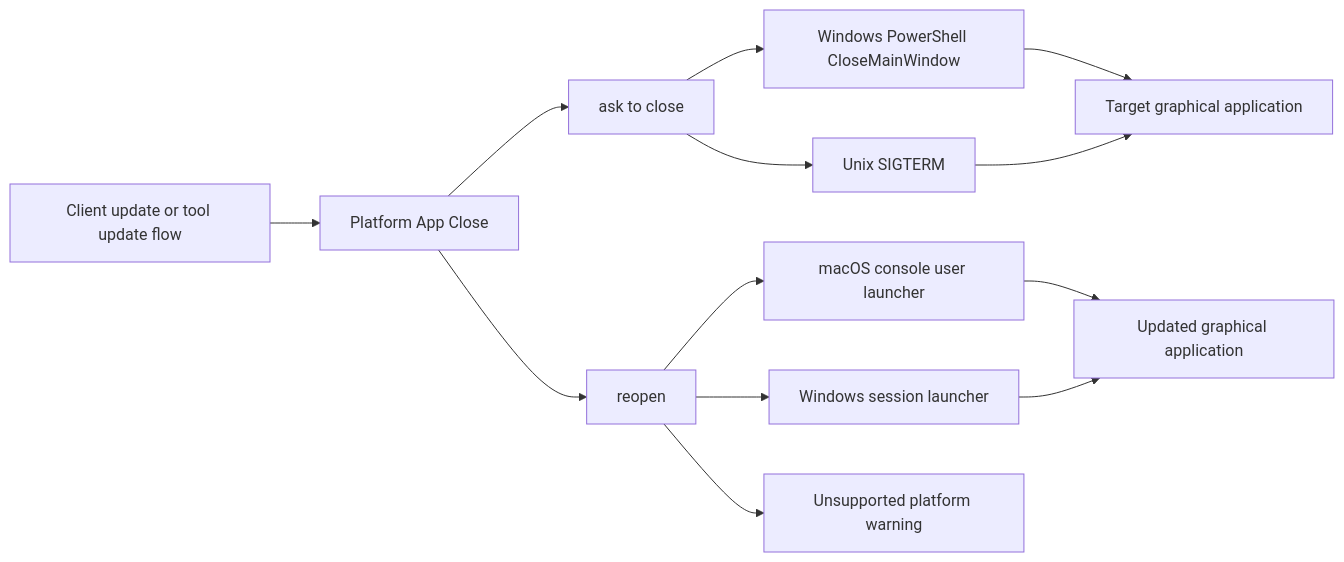
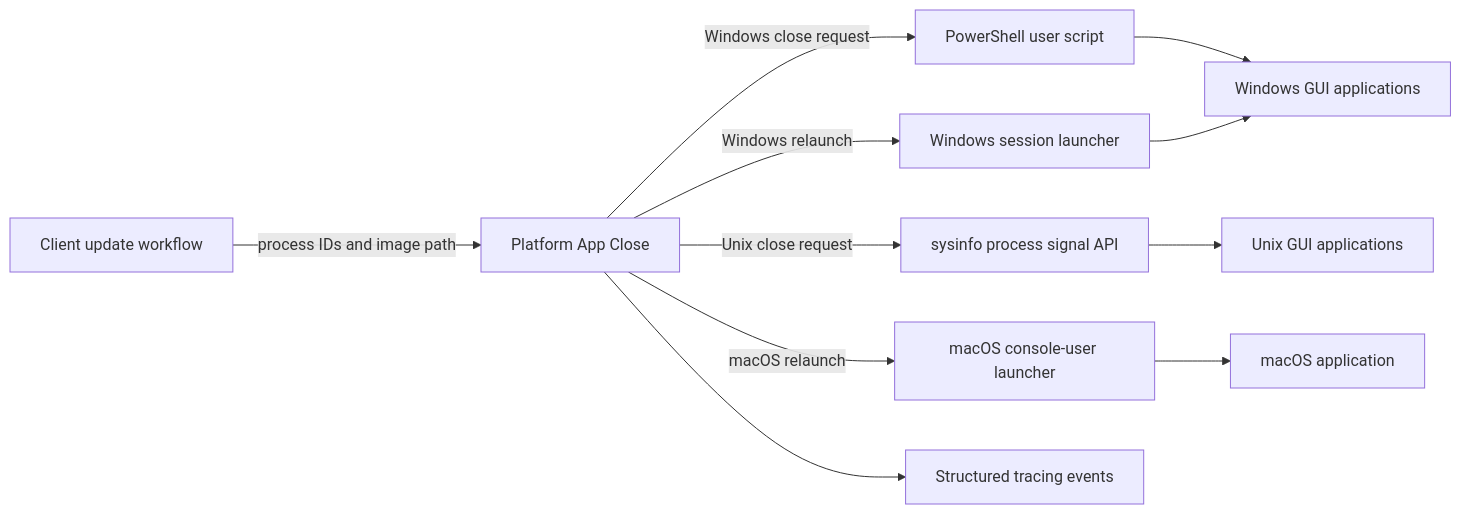
The first of 4 diagrams in docs/reference/architecture/openframe-client-core/platform-app-close/platform-app-close.md (flamingo-stack/openframe-oss-tenant), drawn with Mermaid before and after one commit. The commit also changed other lines of this file and 2377 other files, not shown here.

````diff
--- a/docs/reference/architecture/openframe-client-core/platform-app-close/platform-app-close.md
+++ b/docs/reference/architecture/openframe-client-core/platform-app-close/platform-app-close.md
@@ -22,15 +22,13 @@
 ```mermaid
 flowchart LR
-    UpdateFlow["Client update or tool update flow"] --> CloseApi["Platform App Close"]
-    CloseApi --> CloseRequest["ask to close"]
-    CloseApi --> Relaunch["reopen"]
-    CloseRequest --> WindowsClose["Windows PowerShell CloseMainWindow"]
-    CloseRequest --> UnixClose["Unix SIGTERM"]
-    Relaunch --> MacLaunch["macOS console user launcher"]
-    Relaunch --> WindowsLaunch["Windows session launcher"]
-    Relaunch --> Unsupported["Unsupported platform warning"]
-    WindowsClose --> TargetApp["Target graphical application"]
-    UnixClose --> TargetApp
-    MacLaunch --> UpdatedApp["Updated graphical application"]
-    WindowsLaunch --> UpdatedApp
+    UpgradeFlow["Client update workflow"] -->|"process IDs and image path"| AppClose["Platform App Close"]
+    AppClose -->|"Windows close request"| PowerShell["PowerShell user script"]
+    AppClose -->|"Unix close request"| SysInfo["sysinfo process signal API"]
+    AppClose -->|"macOS relaunch"| MacSession["macOS console-user launcher"]
+    AppClose -->|"Windows relaunch"| WindowsSession["Windows session launcher"]
+    PowerShell --> WindowsApps["Windows GUI applications"]
+    SysInfo --> UnixApps["Unix GUI applications"]
+    MacSession --> MacApps["macOS application"]
+    WindowsSession --> WindowsApps
+    AppClose --> Telemetry["Structured tracing events"]
 ```
````
